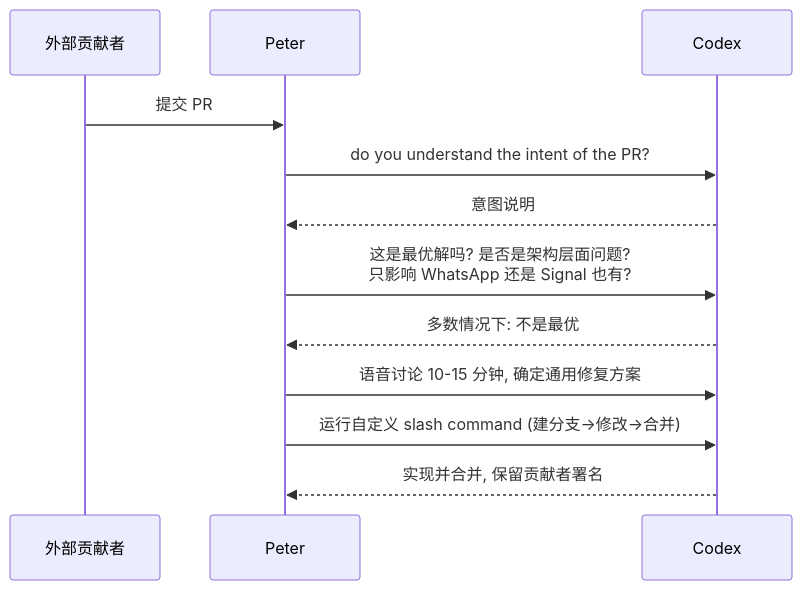
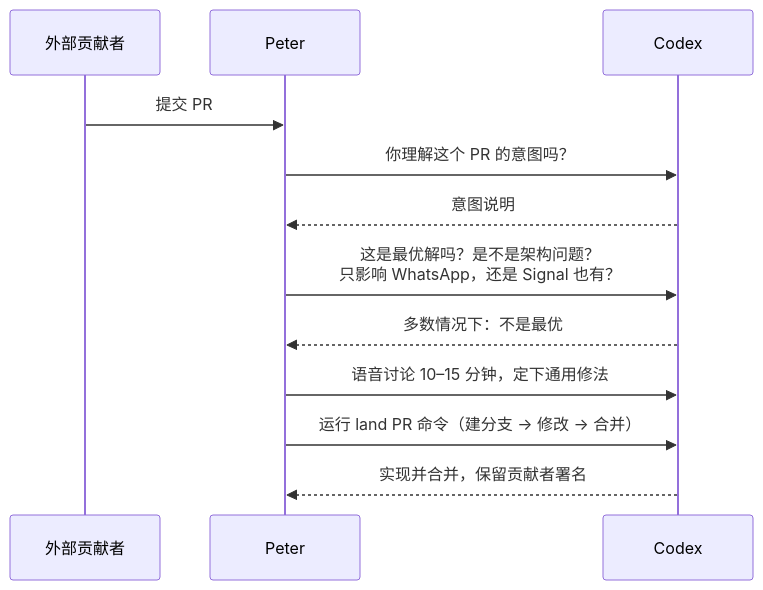
One commit to yzw7489757/ai-coding-videos changed the second of 2 diagrams in docs/11-peter-steinberger-openclaw.md. Above: the diagram before and after it, drawn with Mermaid. The commit also changed other lines of this file and 6 other files, not shown here.

````diff
--- a/docs/11-peter-steinberger-openclaw.md
+++ b/docs/11-peter-steinberger-openclaw.md
@@ -105,14 +198,14 @@
 ```mermaid
 sequenceDiagram
     participant C as 外部贡献者
     participant P as Peter
     participant X as Codex
     C->>P: 提交 PR
-    P->>X: do you understand the intent of the PR?
+    P->>X: 你理解这个 PR 的意图吗？
     X-->>P: 意图说明
-    P->>X: 这是最优解吗? 是否是架构层面问题?<br/>只影响 WhatsApp 还是 Signal 也有?
-    X-->>P: 多数情况下: 不是最优
-    P->>X: 语音讨论 10-15 分钟, 确定通用修复方案
-    P->>X: 运行自定义 slash command (建分支→修改→合并)
-    X-->>P: 实现并合并, 保留贡献者署名
+    P->>X: 这是最优解吗？是不是架构问题？<br/>只影响 WhatsApp，还是 Signal 也有？
+    X-->>P: 多数情况下：不是最优
+    P->>X: 语音讨论 10–15 分钟，定下通用修法
+    P->>X: 运行 land PR 命令（建分支 → 修改 → 合并）
+    X-->>P: 实现并合并，保留贡献者署名
 ```
````
